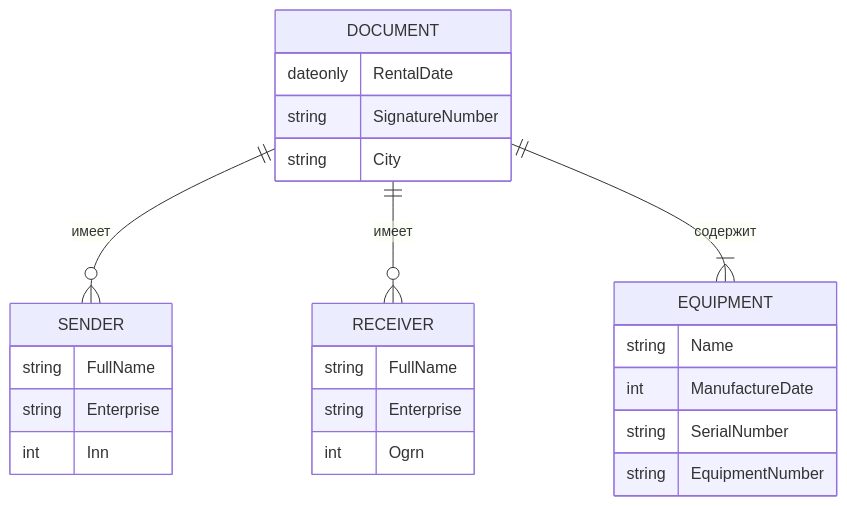
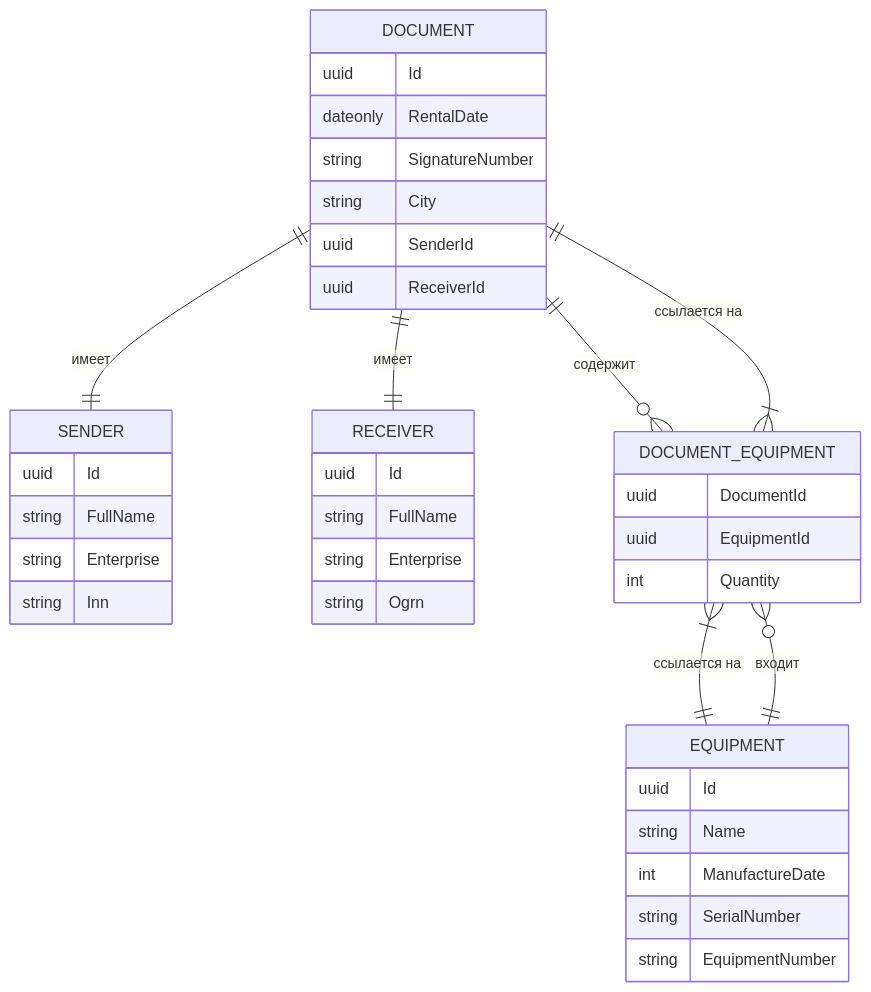
Before and after one commit to vaymanbanger/EquipHandover: the diagram in README.md, drawn with Mermaid.

````diff
--- a/README.md
+++ b/README.md
@@ -4,28 +4,46 @@
 ```mermaid
 erDiagram
-DOCUMENT {
-    dateonly RentalDate
-    string SignatureNumber
-    string City
-}
-DOCUMENT ||--o{ SENDER : "имеет"
-SENDER {
-    string FullName
-    string Enterprise
-    int Inn
-}
-DOCUMENT ||--o{ RECEIVER : "имеет"
-RECEIVER {
-    string FullName
-    string Enterprise
-    int Ogrn
-}
-DOCUMENT ||--|{ EQUIPMENT : "содержит"
-EQUIPMENT {
-    string Name
-    int ManufactureDate
-    string SerialNumber
-    string EquipmentNumber
-}
-
+    DOCUMENT {
+        uuid Id
+        dateonly RentalDate
+        string SignatureNumber
+        string City
+        uuid SenderId
+        uuid ReceiverId
+    }
+    
+    SENDER {
+        uuid Id
+        string FullName
+        string Enterprise
+        string Inn
+    }
+    
+    RECEIVER {
+        uuid Id
+        string FullName
+        string Enterprise
+        string Ogrn
+    }
+    
+    EQUIPMENT {
+        uuid Id
+        string Name
+        int ManufactureDate
+        string SerialNumber
+        string EquipmentNumber
+    }
+    
+    DOCUMENT_EQUIPMENT {
+        uuid DocumentId
+        uuid EquipmentId
+        int Quantity
+    }
+    
+    DOCUMENT ||--|| SENDER : "имеет"
+    DOCUMENT ||--|| RECEIVER : "имеет"
+    DOCUMENT ||--o{ DOCUMENT_EQUIPMENT : "содержит"
+    EQUIPMENT ||--o{ DOCUMENT_EQUIPMENT : "входит"
+    DOCUMENT_EQUIPMENT }|--|| DOCUMENT : "ссылается на"
+    DOCUMENT_EQUIPMENT }|--|| EQUIPMENT : "ссылается на "
 ```
````
